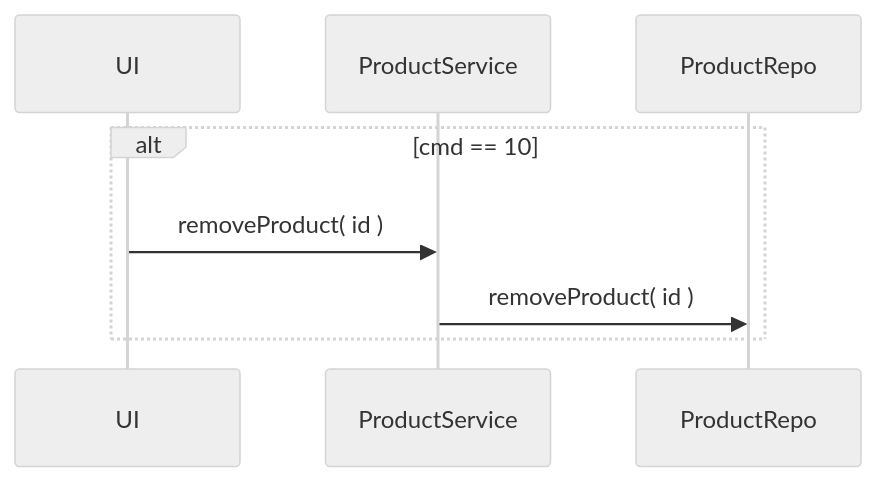
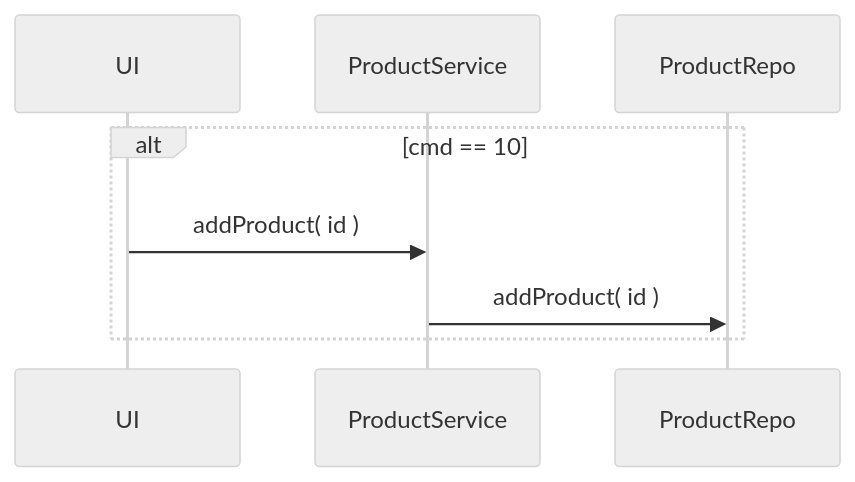
Before and after one commit to Apameus/Vending_Machine: the tenth of 14 diagrams in README.md, drawn with Mermaid (neutral theme). The commit also changed other lines of this file, not shown here.

````diff
--- a/README.md
+++ b/README.md
@@ -229,11 +235,11 @@
 ```mermaid
 sequenceDiagram
     participant UI
     participant PS as ProductService
     participant PR as ProductRepo
     alt cmd == 10
-        UI ->> PS: removeProduct( id )
-        PS ->> PR: removeProduct( id )
+        UI ->> PS: addProduct( id )
+        PS ->> PR: addProduct( id )
     end
 
 ```
````
